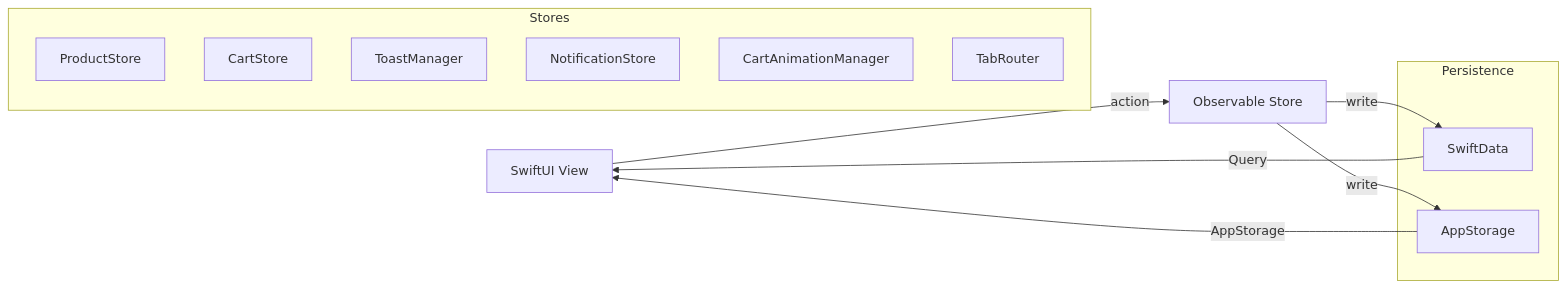
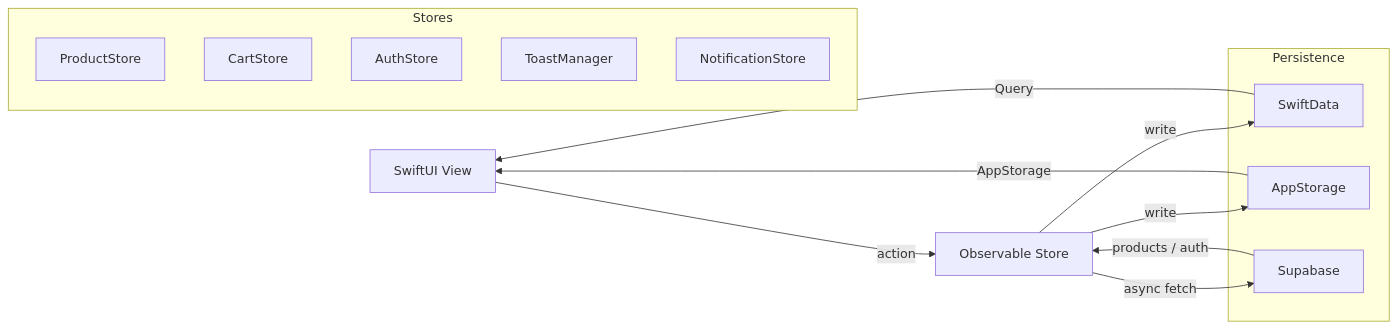
Before and after one commit to siraajul/GeekCommerz: the diagram in README.md, drawn with Mermaid. The commit also changed other lines of this file, not shown here.

First line of the commit message:
docs: sync README with Supabase auth layer additions

````diff
--- a/README.md
+++ b/README.md
@@ -21,22 +22,24 @@
 ```mermaid
 graph LR
     View["SwiftUI View"] -->|action| Store["Observable Store"]
     Store -->|write| SD["SwiftData"]
     Store -->|write| AS["AppStorage"]
+    Store -->|async fetch| SB["Supabase"]
     SD -->|Query| View
     AS -->|AppStorage| View
+    SB -->|products / auth| Store
 
     subgraph Stores
         S1["ProductStore"]
         S2["CartStore"]
-        S3["ToastManager"]
-        S4["NotificationStore"]
-        S5["CartAnimationManager"]
-        S6["TabRouter"]
+        S3["AuthStore"]
+        S4["ToastManager"]
+        S5["NotificationStore"]
     end
 
     subgraph Persistence
         SD
         AS
+        SB
     end
 ```
````
